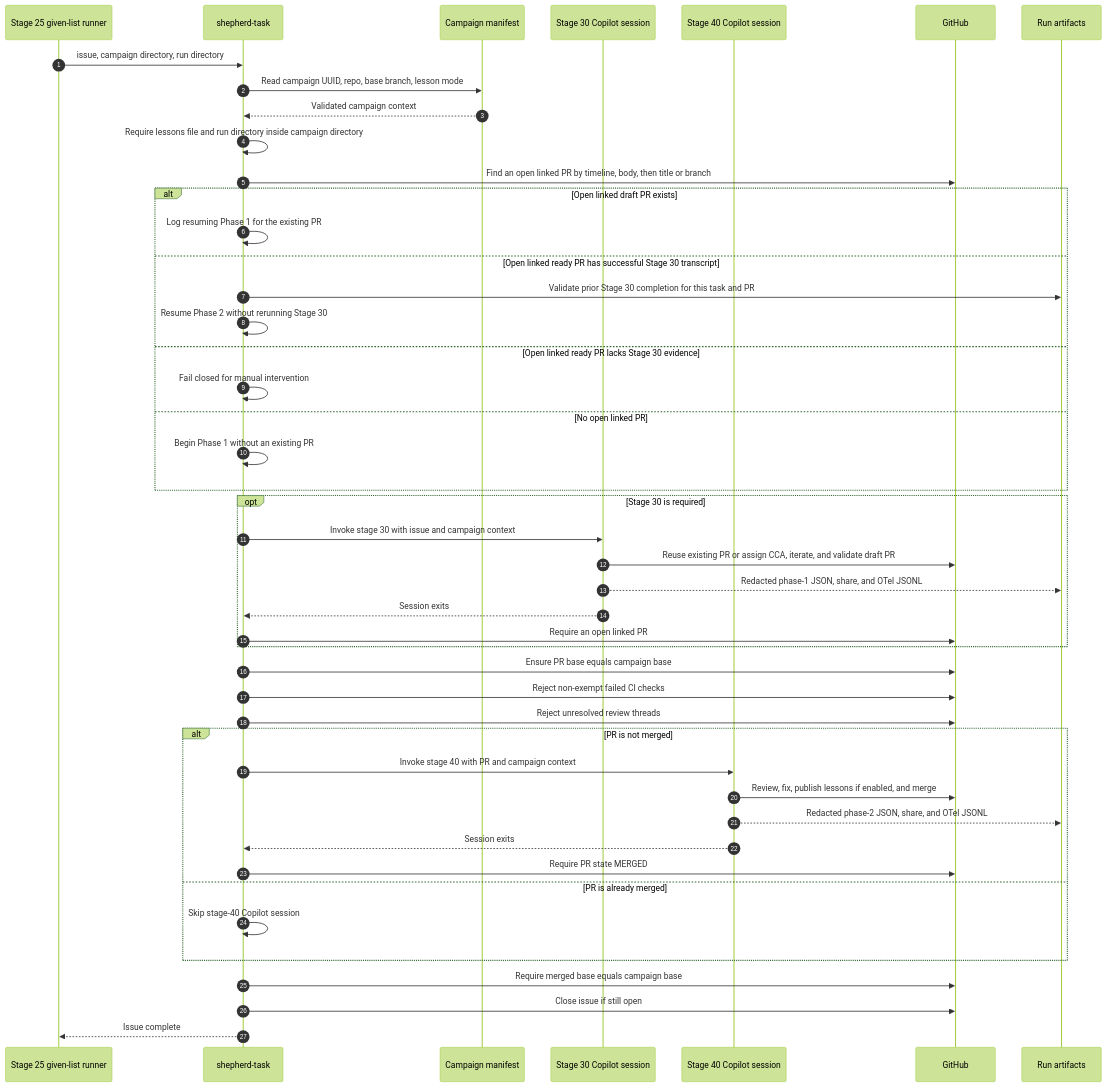
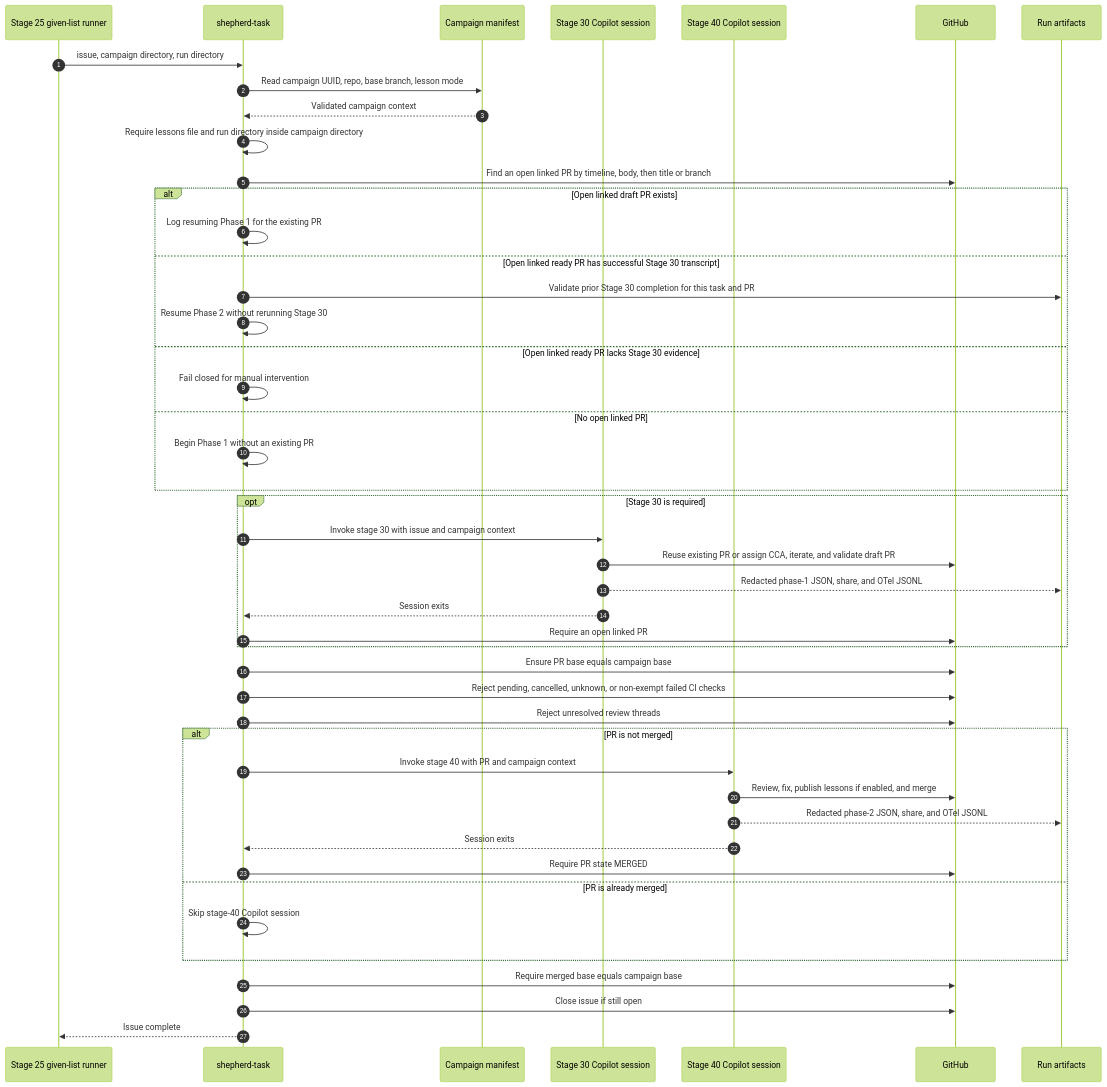
The diagram in plugins/shepherd-task/figure-02-shepherd-task.md (github/awesome-copilot), drawn with Mermaid (forest theme) before and after one commit. The commit also changed other lines of this file and 6 other files, not shown here.

First line of the commit message:
Reject incomplete shepherd CI checks

````diff
--- a/plugins/shepherd-task/figure-02-shepherd-task.md
+++ b/plugins/shepherd-task/figure-02-shepherd-task.md
@@ -7,53 +7,53 @@
 ```mermaid
 sequenceDiagram
     autonumber
     participant GL as Stage 25 given-list runner
     participant ST as shepherd-task
     participant CM as Campaign manifest
     participant P1 as Stage 30 Copilot session
     participant P2 as Stage 40 Copilot session
     participant GH as GitHub
     participant Art as Run artifacts
 
     GL->>ST: issue, campaign directory, run directory
     ST->>CM: Read campaign UUID, repo, base branch, lesson mode
     CM-->>ST: Validated campaign context
     ST->>ST: Require lessons file and run directory inside campaign directory
     ST->>GH: Find an open linked PR by timeline, body, then title or branch
 
     alt Open linked draft PR exists
         ST->>ST: Log resuming Phase 1 for the existing PR
     else Open linked ready PR has successful Stage 30 transcript
         ST->>Art: Validate prior Stage 30 completion for this task and PR
         ST->>ST: Resume Phase 2 without rerunning Stage 30
     else Open linked ready PR lacks Stage 30 evidence
         ST->>ST: Fail closed for manual intervention
     else No open linked PR
         ST->>ST: Begin Phase 1 without an existing PR
     end
     opt Stage 30 is required
         ST->>P1: Invoke stage 30 with issue and campaign context
         P1->>GH: Reuse existing PR or assign CCA, iterate, and validate draft PR
         P1-->>Art: Redacted phase-1 JSON, share, and OTel JSONL
         P1-->>ST: Session exits
         ST->>GH: Require an open linked PR
     end
 
     ST->>GH: Ensure PR base equals campaign base
-    ST->>GH: Reject non-exempt failed CI checks
+    ST->>GH: Reject pending, cancelled, unknown, or non-exempt failed CI checks
     ST->>GH: Reject unresolved review threads
 
     alt PR is not merged
         ST->>P2: Invoke stage 40 with PR and campaign context
         P2->>GH: Review, fix, publish lessons if enabled, and merge
         P2-->>Art: Redacted phase-2 JSON, share, and OTel JSONL
         P2-->>ST: Session exits
         ST->>GH: Require PR state MERGED
     else PR is already merged
         ST->>ST: Skip stage-40 Copilot session
     end
 
     ST->>GH: Require merged base equals campaign base
     ST->>GH: Close issue if still open
     ST-->>GL: Issue complete
 ```
````
